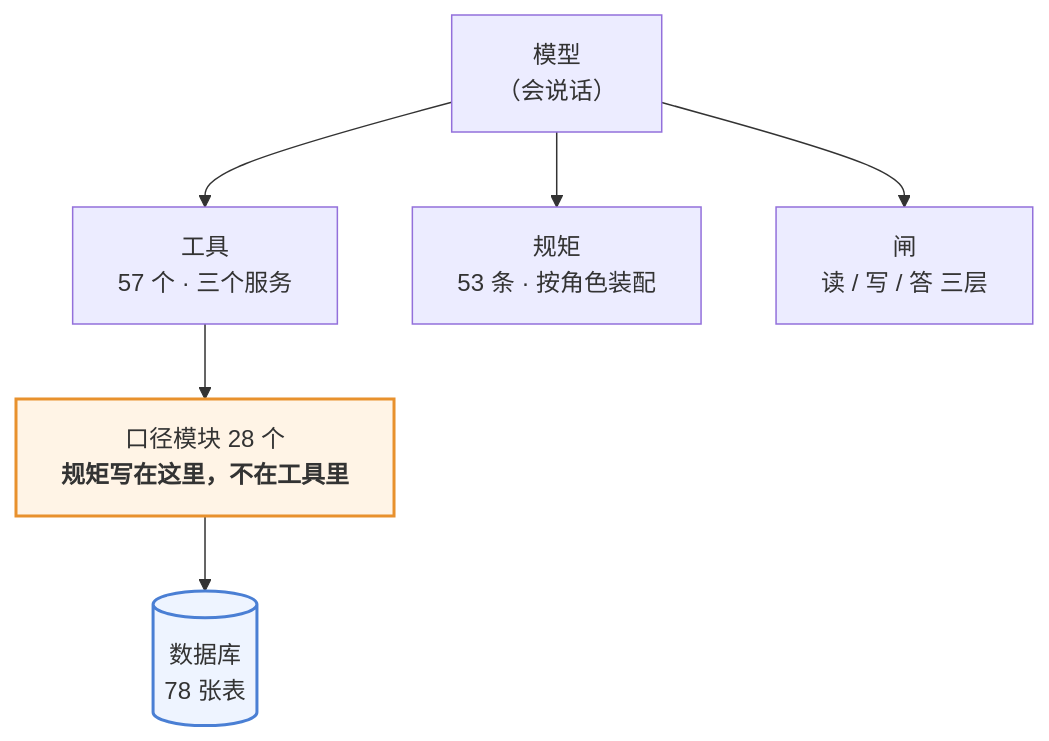
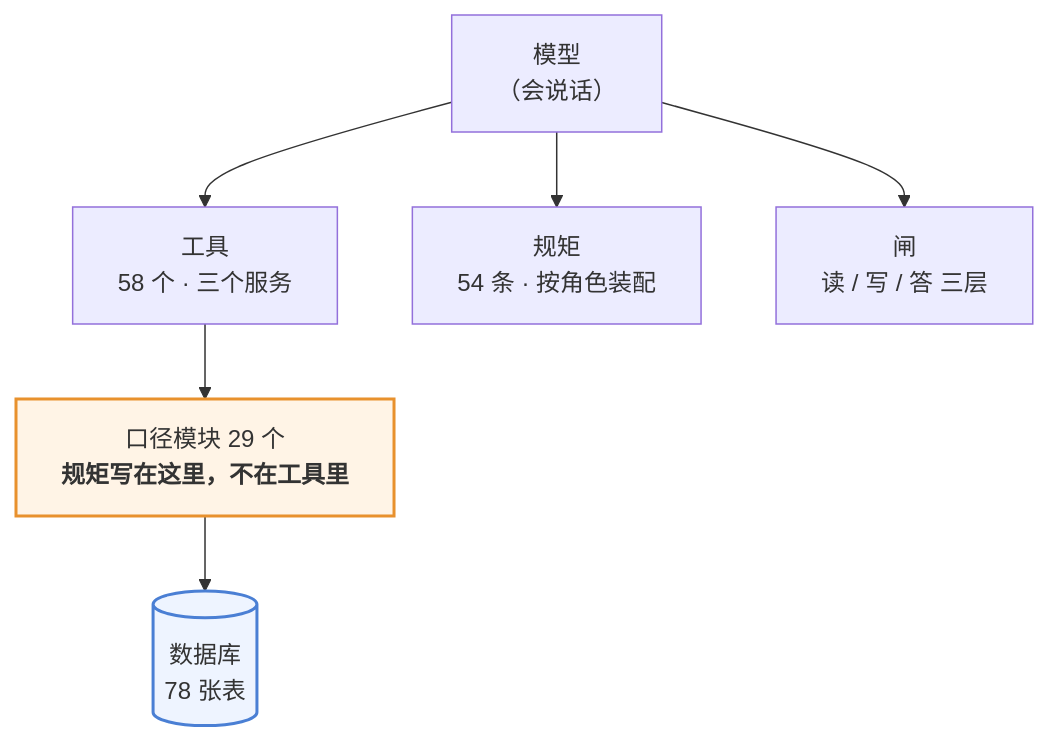
The first of 3 diagrams in 澜绣云裳agent-产品说明.md (843773296-rgb/lanxiu-yunshang-agent), drawn with Mermaid before and after one commit. The commit also changed other lines of this file and 16 other files, not shown here.

````diff
--- a/澜绣云裳agent-产品说明.md
+++ b/澜绣云裳agent-产品说明.md
@@ -62,12 +62,12 @@
 ```mermaid
 flowchart TD
     M["模型<br/>（会说话）"]
-    M --> T["工具<br/>57 个 · 三个服务"]
-    M --> R["规矩<br/>53 条 · 按角色装配"]
+    M --> T["工具<br/>58 个 · 三个服务"]
+    M --> R["规矩<br/>54 条 · 按角色装配"]
     M --> G["闸<br/>读 / 写 / 答 三层"]
-    T --> K["口径模块 28 个<br/><b>规矩写在这里，不在工具里</b>"]
+    T --> K["口径模块 29 个<br/><b>规矩写在这里，不在工具里</b>"]
     K --> DB[("数据库<br/>78 张表")]
 
     style K fill:#fff4e6,stroke:#e8912d,stroke-width:2px
     style DB fill:#eef4ff,stroke:#4a7fd4,stroke-width:2px
 ```
````
